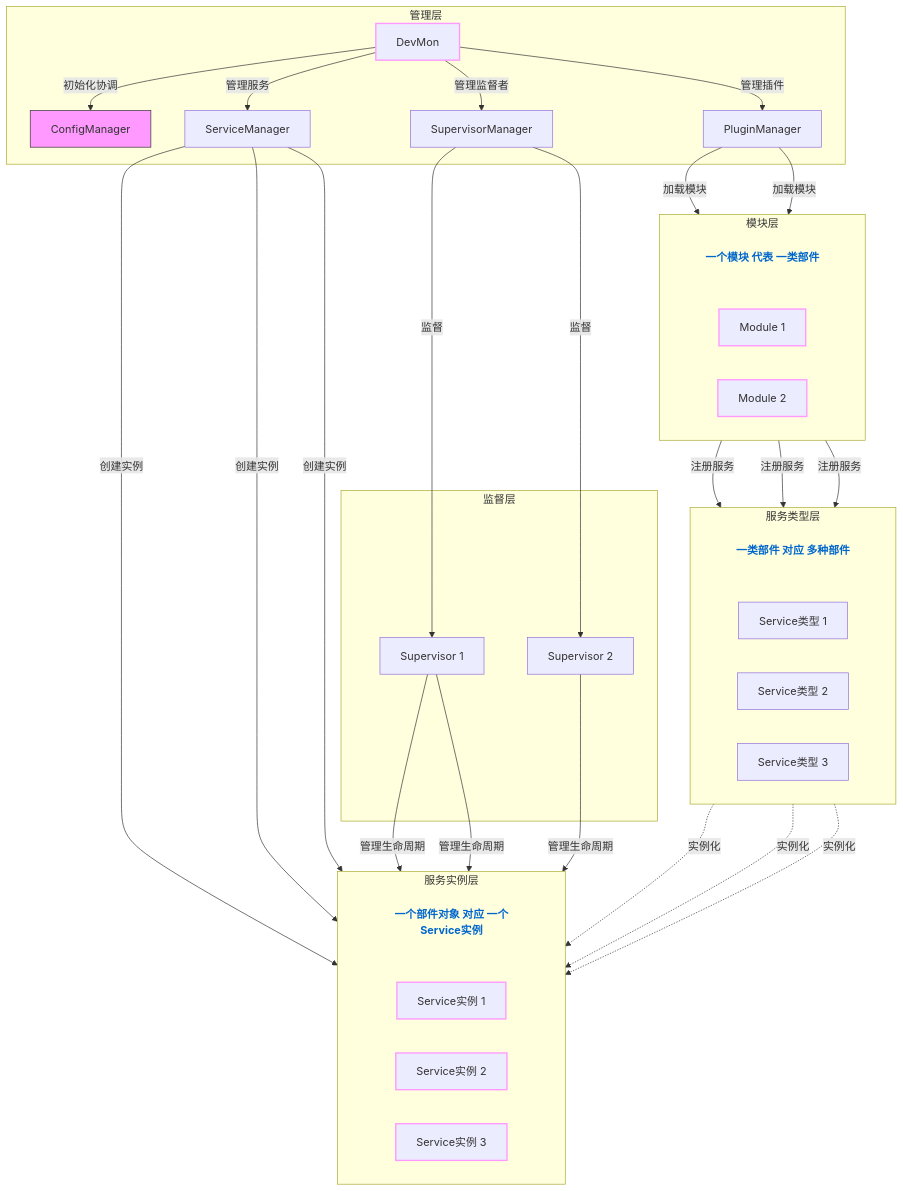
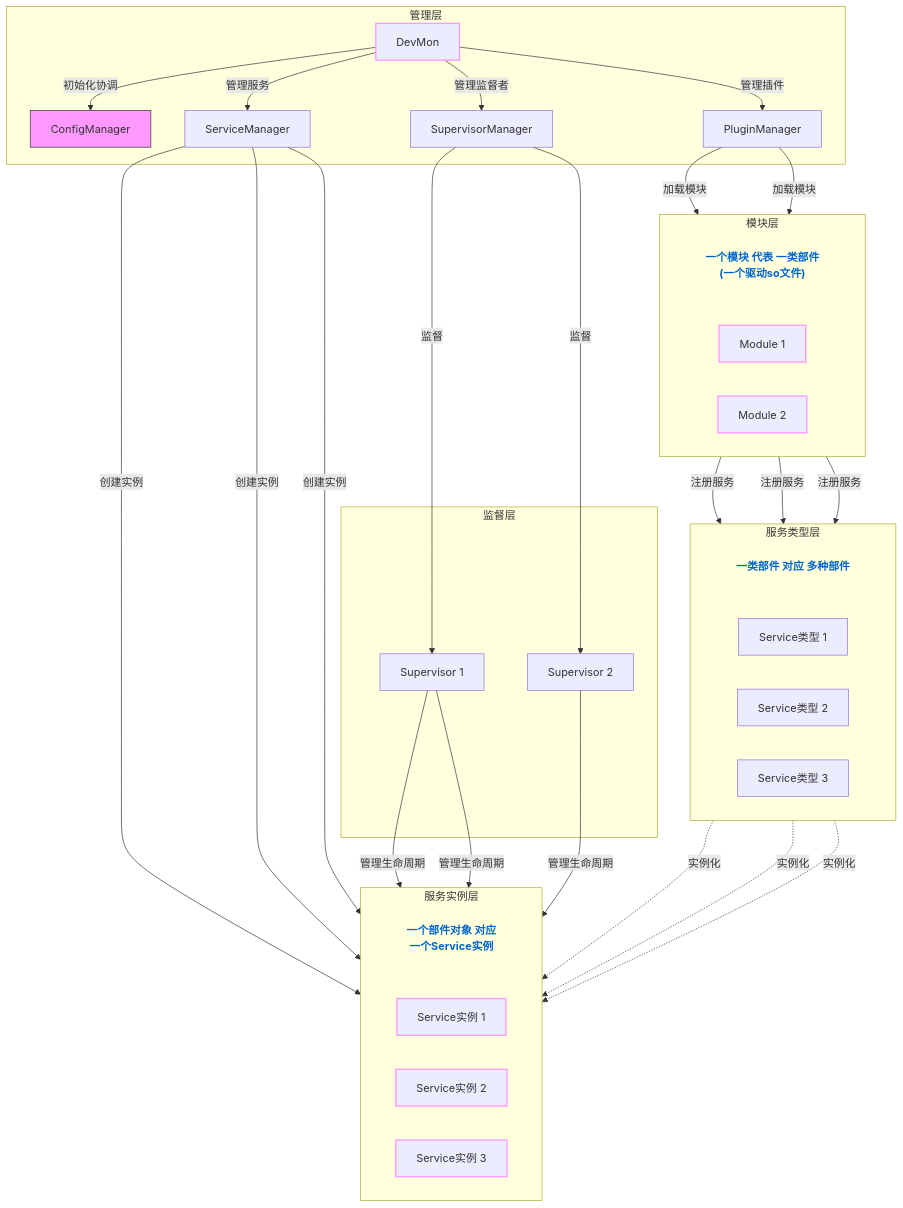
The second of 5 diagrams in docs/1.overview.md (RobertJYang/libmcpp), drawn with Mermaid before and after one commit. The commit also changed other lines of this file and 2 other files, not shown here.

````diff
--- a/docs/1.overview.md
+++ b/docs/1.overview.md
@@ -198,77 +198,77 @@
 ```mermaid
 flowchart TD
     %% 使用子图来减少直接连线
     subgraph Management [管理层]
         App[DevMon]
         CM[ConfigManager]
         PM[PluginManager]
         SM[ServiceManager]
         SUM[SupervisorManager]
         
         App -->|初始化协调| CM
         App -->|管理插件| PM
         App -->|管理服务| SM
         App -->|管理监督者| SUM
     end
     
     subgraph ModulesLayer["模块层"]
         direction LR
-        ModuleDesc["一个模块 代表 一类部件"]:::description
+        ModuleDesc["一个模块 代表 一类部件<br/>(一个驱动so文件)"]:::description
         Module1[Module 1]
         Module2[Module 2]
         
         PM -->|加载模块| Module1
         PM -->|加载模块| Module2
     end
     
     subgraph ServiceTypes [服务类型层]
         direction LR
         ModuleDesc2["一类部件 对应 多种部件"]:::description
         Service1[Service类型 1]
         Service2[Service类型 2]
         Service3[Service类型 3]
         
         Module1 -->|注册服务| Service1
         Module1 -->|注册服务| Service2
         Module2 -->|注册服务| Service3
     end
     
     subgraph Instances [服务实例层]
         direction LR
-        ModuleDesc3["一个部件对象 对应 一个Service实例"]:::description
+        ModuleDesc3["一个部件对象 对应 <br/>一个Service实例<DDS+CSR>"]:::description
         SI1[Service实例 1]
         SI2[Service实例 2]
         SI3[Service实例 3]
         
         SM -->|创建实例| SI1
         SM -->|创建实例| SI2
         SM -->|创建实例| SI3
         
         %% 显示类型与实例的关系
         Service1 -.->|实例化| SI1
         Service2 -.->|实例化| SI2
         Service3 -.->|实例化| SI3
     end
     
     subgraph Supervision [监督层]
         Supervisor1[Supervisor 1]
         Supervisor2[Supervisor 2]
         
         SUM -->|监督| Supervisor1
         SUM -->|监督| Supervisor2
         
         Supervisor1 -->|管理生命周期| SI1
         Supervisor1 -->|管理生命周期| SI2
         Supervisor2 -->|管理生命周期| SI3
     end
     
     %% 配置关系通过颜色标记而非直接连线
     style CM fill:#f9f,stroke:#333,stroke-width:1px
     style App stroke:#f9f,stroke-width:2px
     style Module1 stroke:#f9f,stroke-width:2px
     style Module2 stroke:#f9f,stroke-width:2px
     style SI1 stroke:#f9f,stroke-width:2px
     style SI2 stroke:#f9f,stroke-width:2px
     style SI3 stroke:#f9f,stroke-width:2px
     classDef description fill:none,stroke:none,color:#0066cc,font-weight:bold
 ```
````
